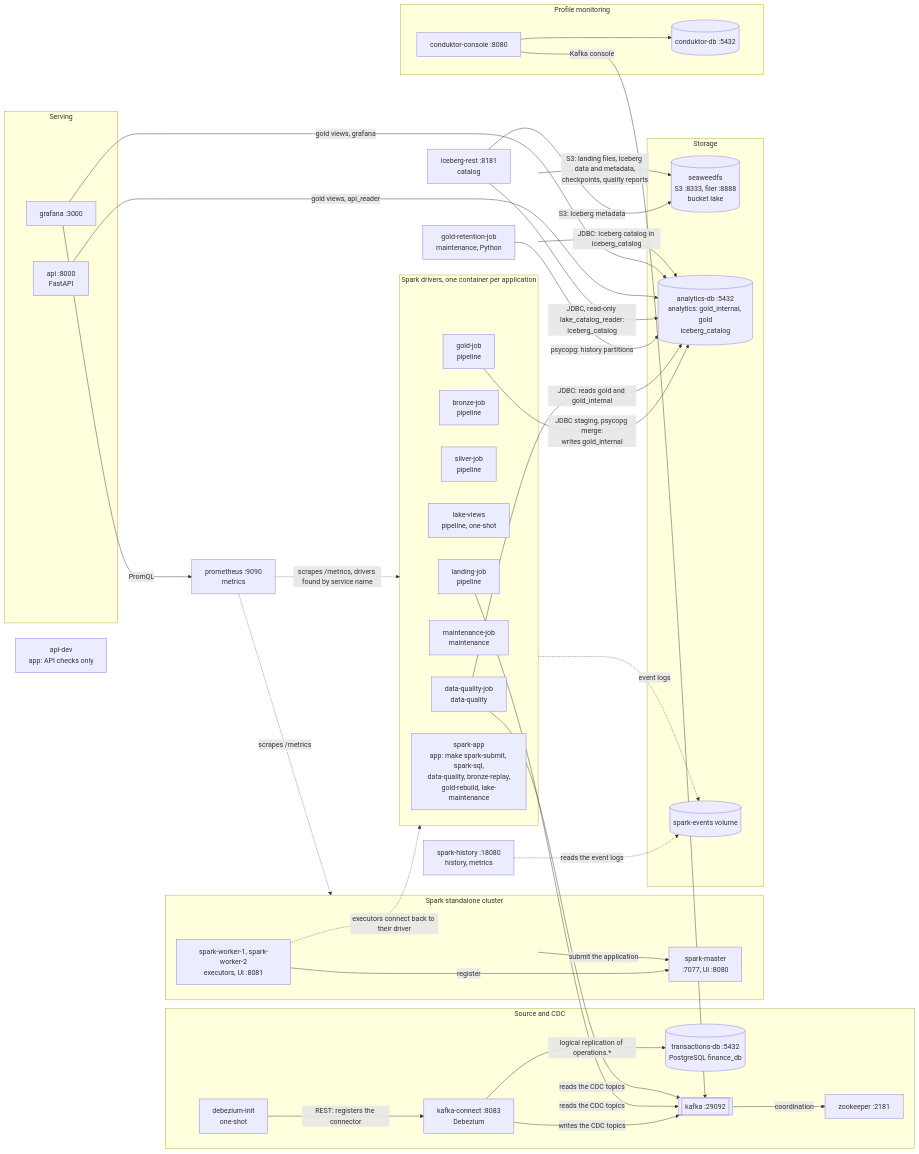
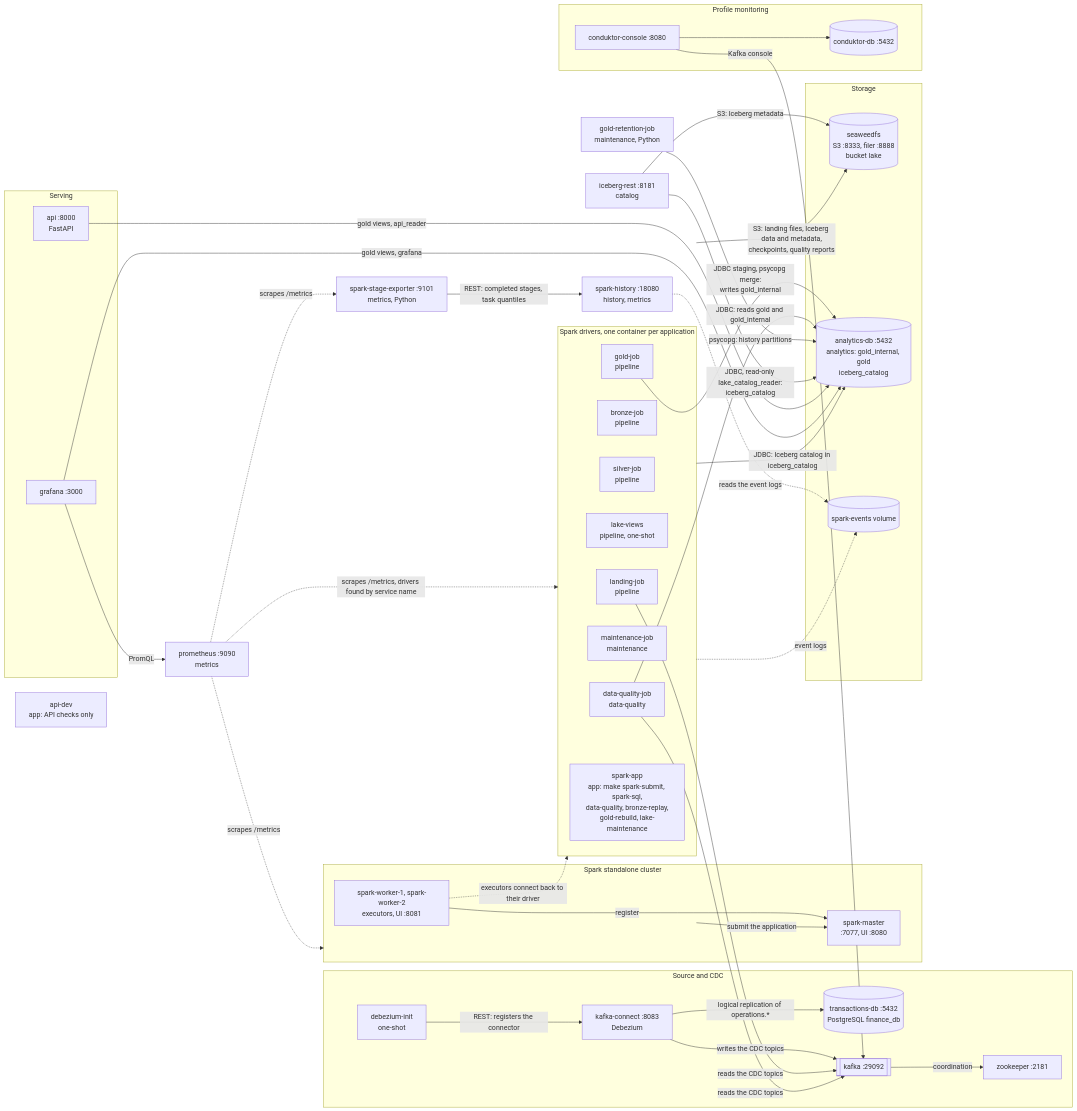
One commit to jonathan5p/deel-home-task changed the first of 4 diagrams in docs/architecture/overview.md. Above: the diagram before and after it, drawn with Mermaid. The commit also changed other lines of this file and 10 other files, not shown here.

Commit message:
docs(metrics): document the stage exporter, the Spark stages dashboard and the network-proxy limits

````diff
--- a/docs/architecture/overview.md
+++ b/docs/architecture/overview.md
@@ -50,79 +51,82 @@
 ```mermaid
 flowchart LR
     subgraph cdc["Source and CDC"]
         tdb[("transactions-db :5432<br/>PostgreSQL finance_db")]
         connect["kafka-connect :8083<br/>Debezium"]
         dinit["debezium-init<br/>one-shot"]
         zk["zookeeper :2181"]
         kafka[["kafka :29092"]]
     end
 
     subgraph cluster["Spark standalone cluster"]
         master["spark-master<br/>:7077, UI :8080"]
         workers["spark-worker-1, spark-worker-2<br/>executors, UI :8081"]
     end
 
     subgraph drivers["Spark drivers, one container per application"]
         landing["landing-job<br/>pipeline"]
         bronze["bronze-job<br/>pipeline"]
         silver["silver-job<br/>pipeline"]
         views["lake-views<br/>pipeline, one-shot"]
         goldjob["gold-job<br/>pipeline"]
         maint["maintenance-job<br/>maintenance"]
         dq["data-quality-job<br/>data-quality"]
         app["spark-app<br/>app: make spark-submit, spark-sql,<br/>data-quality, bronze-replay,<br/>gold-rebuild, lake-maintenance"]
     end
 
     subgraph storage["Storage"]
         s3[("seaweedfs<br/>S3 :8333, filer :8888<br/>bucket lake")]
         adb[("analytics-db :5432<br/>analytics: gold_internal, gold<br/>iceberg_catalog")]
         events[("spark-events volume")]
     end
 
     retention["gold-retention-job<br/>maintenance, Python"]
     rest["iceberg-rest :8181<br/>catalog"]
     history["spark-history :18080<br/>history, metrics"]
     prometheus["prometheus :9090<br/>metrics"]
+    stageexp["spark-stage-exporter :9101<br/>metrics, Python"]
 
     subgraph serving["Serving"]
         api["api :8000<br/>FastAPI"]
         grafana["grafana :3000"]
     end
 
     subgraph monitoring["Profile monitoring"]
         conduktor["conduktor-console :8080"]
         cdb[("conduktor-db :5432")]
     end
 
     apidev["api-dev<br/>app: API checks only"]
 
     dinit -- "REST: registers the connector" --> connect
     connect -- "logical replication of operations.*" --> tdb
     connect -- "writes the CDC topics" --> kafka
     kafka -- "coordination" --> zk
 
     workers -- "register" --> master
     drivers -- "submit the application" --> master
     workers -. "executors connect back to their driver" .-> drivers
 
     landing -- "reads the CDC topics" --> kafka
     dq -- "reads the CDC topics" --> kafka
     drivers -- "S3: landing files, Iceberg data and metadata,<br/>checkpoints, quality reports" --> s3
     drivers -- "JDBC: Iceberg catalog in iceberg_catalog" --> adb
     goldjob -- "JDBC staging, psycopg merge:<br/>writes gold_internal" --> adb
     dq -- "JDBC: reads gold and gold_internal" --> adb
     retention -- "psycopg: history partitions" --> adb
     drivers -. "event logs" .-> events
     history -. "reads the event logs" .-> events
 
     rest -- "JDBC, read-only lake_catalog_reader:<br/>iceberg_catalog" --> adb
     rest -- "S3: Iceberg metadata" --> s3
     api -- "gold views, api_reader" --> adb
     grafana -- "gold views, grafana" --> adb
     grafana -- "PromQL" --> prometheus
     prometheus -. "scrapes /metrics, drivers found by service name" .-> drivers
     prometheus -. "scrapes /metrics" .-> cluster
+    prometheus -. "scrapes /metrics" .-> stageexp
+    stageexp -- "REST: completed stages, task quantiles" --> history
 
     conduktor -- "Kafka console" --> kafka
     conduktor --> cdb
 ```
````
